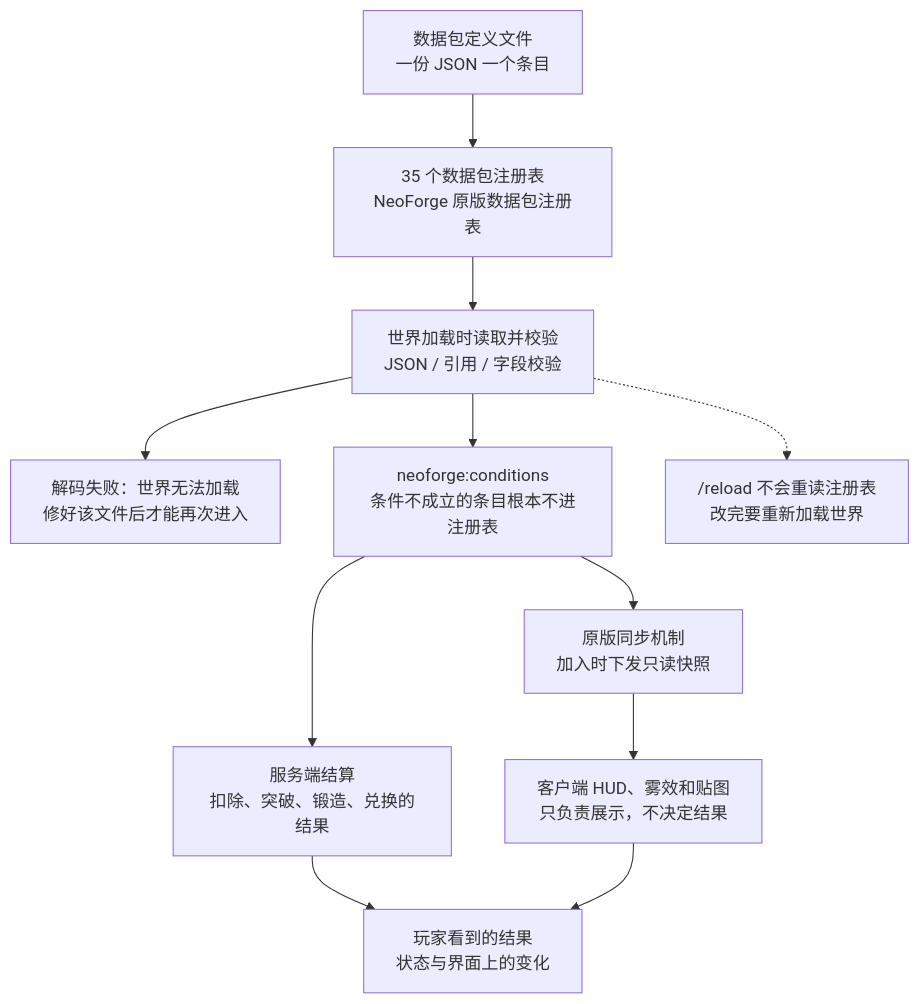
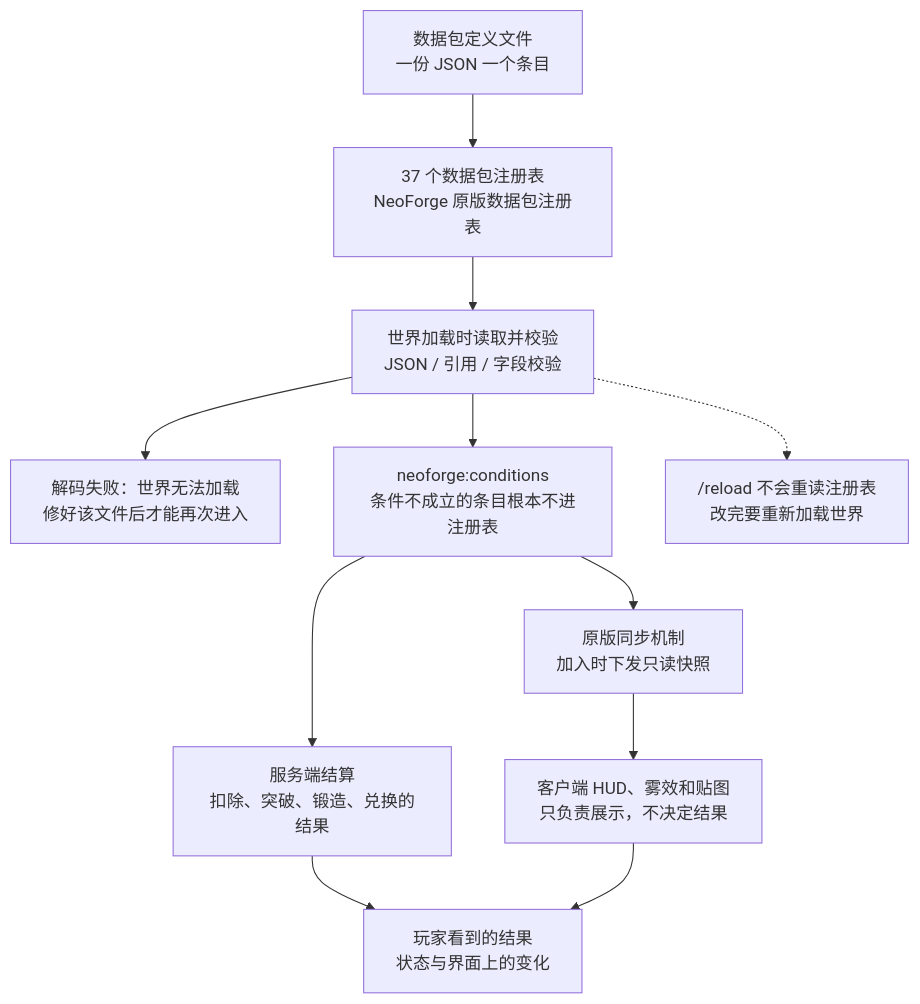
One commit to IAFEnvoy/mxt-docs changed the diagram in docs/datapack/overview.md. Above: the diagram before and after it, drawn with Mermaid. The commit also changed other lines of this file and 68 other files, not shown here.

````diff
--- a/docs/datapack/overview.md
+++ b/docs/datapack/overview.md
@@ -116,13 +119,13 @@
 ```mermaid
 flowchart TD
-    A["数据包定义文件<br/>一份 JSON 一个条目"] --> B["35 个数据包注册表<br/>NeoForge 原版数据包注册表"]
+    A["数据包定义文件<br/>一份 JSON 一个条目"] --> B["37 个数据包注册表<br/>NeoForge 原版数据包注册表"]
     B --> C["世界加载时读取并校验<br/>JSON / 引用 / 字段校验"]
     C --> D["解码失败：世界无法加载<br/>修好该文件后才能再次进入"]
     C --> E["neoforge:conditions<br/>条件不成立的条目根本不进注册表"]
     E --> F["原版同步机制<br/>加入时下发只读快照"]
     E --> G["服务端结算<br/>扣除、突破、锻造、兑换的结果"]
     F --> H["客户端 HUD、雾效和贴图<br/>只负责展示，不决定结果"]
     G --> I["玩家看到的结果<br/>状态与界面上的变化"]
     H --> I
     C -.-> J["/reload 不会重读注册表<br/>改完要重新加载世界"]
 ```
````
